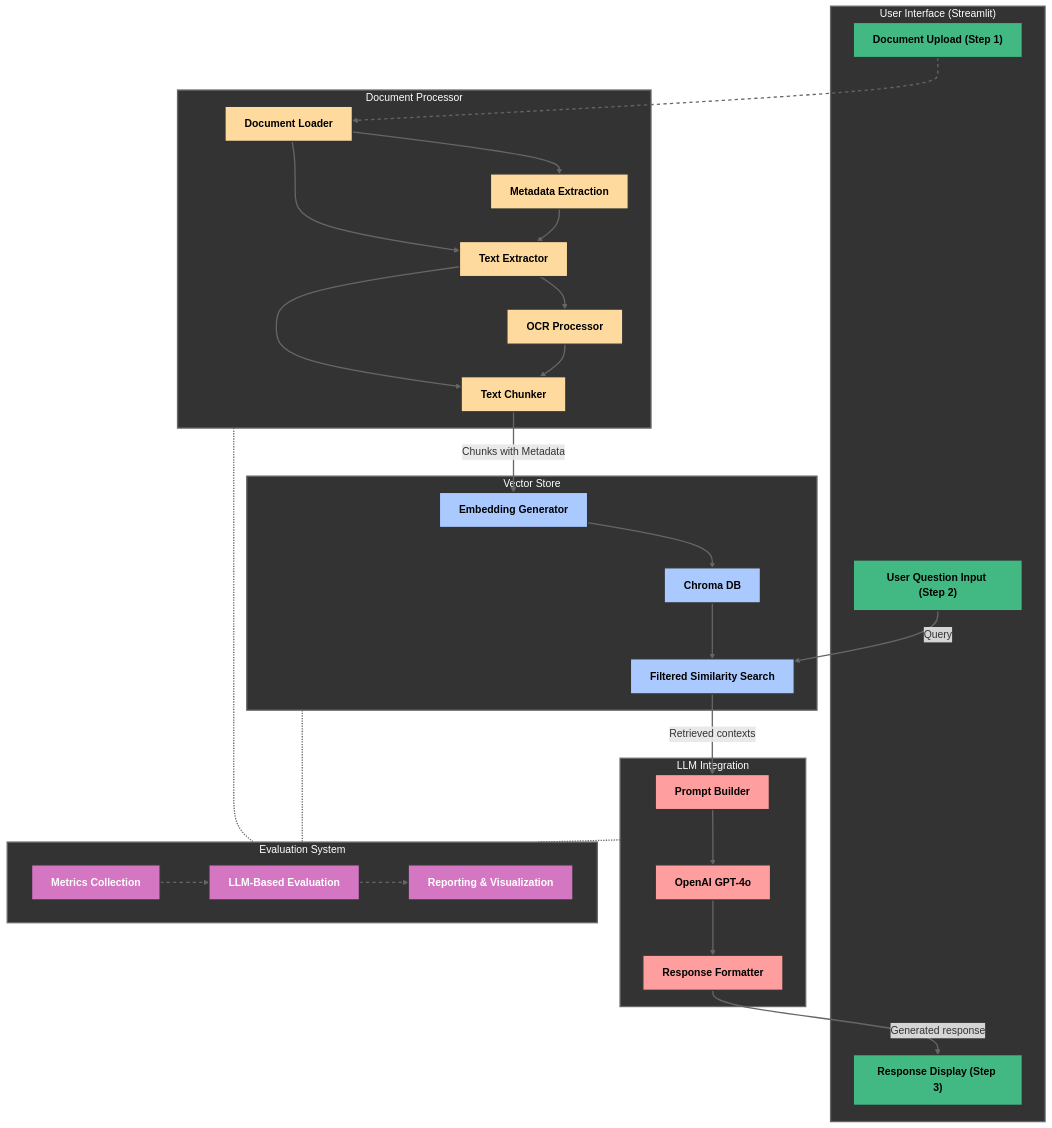
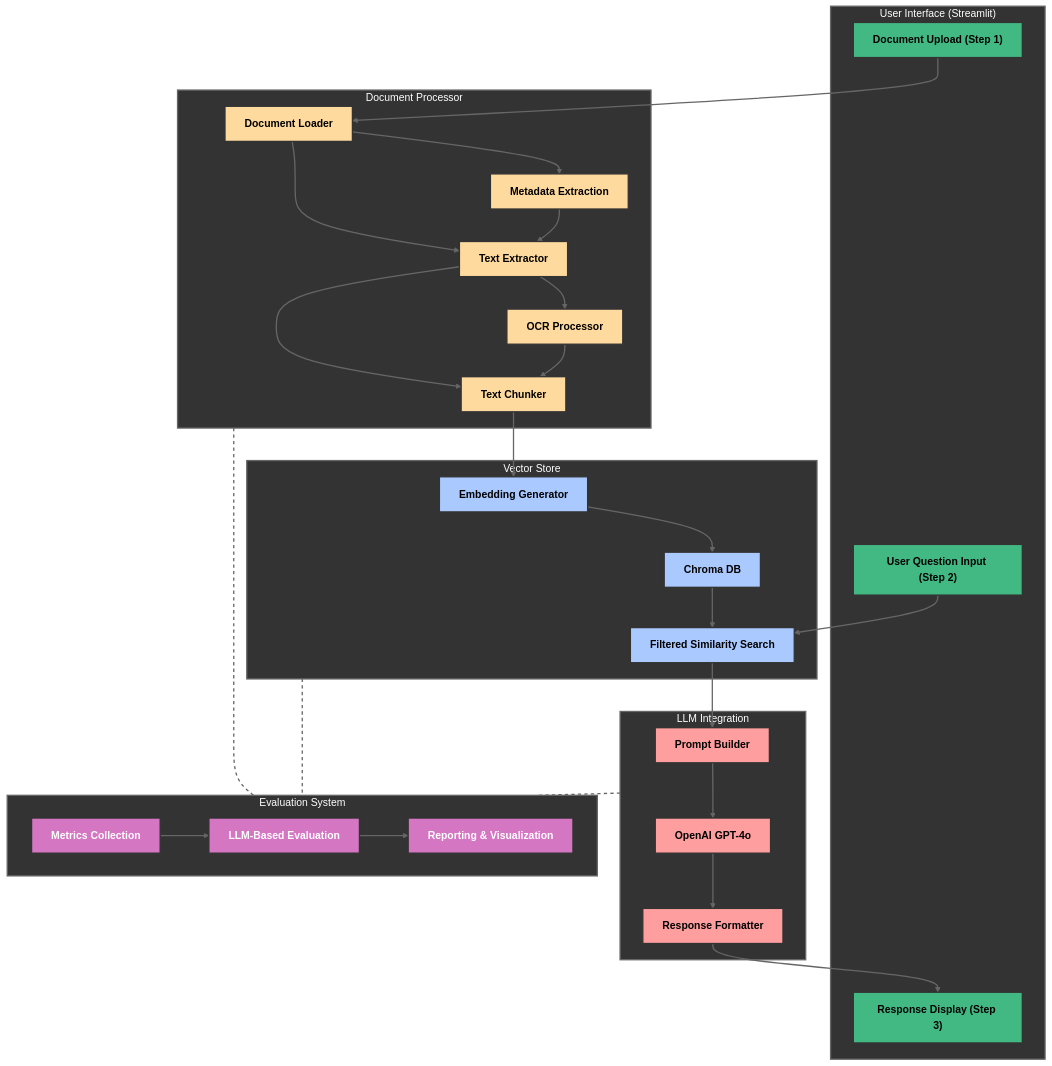
Before and after one commit to mdwaquarahmad/fortune500-rag: the diagram in README.md, drawn with Mermaid.

Commit message:
Documentation

````diff
--- a/README.md
+++ b/README.md
@@ -46,43 +46,57 @@
     %% Document Processor Component
     subgraph DP["Document Processor"]
         style DP fill:#333333,stroke:#666666,stroke-width:2px,color:white
-        B1["Document Loader"] --> B2["Text Extractor"]
-        B2 --> B3["OCR Processor"]
-        B2 --> B4["Text Chunker"]
-        B3 --> B4
-        B1 --> B5["Metadata Extraction"]
-        B5 --> B2
+        B1["Document Loader"]
+        B2["Text Extractor"]
+        B3["OCR Processor"]
+        B4["Text Chunker"]
+        B5["Metadata Extraction"]
     end
     
     %% Vector Store Component
     subgraph VS["Vector Store"]
         style VS fill:#333333,stroke:#666666,stroke-width:2px,color:white
-        C1["Embedding Generator"] --> C2["Chroma DB"]
-        C2 --> C3["Filtered Similarity Search"]
+        C1["Embedding Generator"]
+        C2["Chroma DB"]
+        C3["Filtered Similarity Search"]
     end
     
     %% LLM Integration Component
     subgraph LLM["LLM Integration"]
         style LLM fill:#333333,stroke:#666666,stroke-width:2px,color:white
-        D1["Prompt Builder"] --> D2["OpenAI GPT-4o"]
-        D2 --> D3["Response Formatter"]
+        D1["Prompt Builder"]
+        D2["OpenAI GPT-4o"]
+        D3["Response Formatter"]
     end
     
     %% Evaluation System Component
     subgraph EVAL["Evaluation System"]
         style EVAL fill:#333333,stroke:#666666,stroke-width:2px,color:white
-        E1["Metrics Collection"] --> E2["LLM-Based Evaluation"]
-        E2 --> E3["Reporting & Visualization"]
+        E1["Metrics Collection"]
+        E2["LLM-Based Evaluation"]
+        E3["Reporting & Visualization"]
     end
     
-    %% Main Data Flow Connections
+    %% Define all connections first
     A1 --> B1
-    B4 -- "Chunks with Metadata" --> C1
-    A2 -- "Query" --> C3
-    C3 -- "Retrieved contexts" --> D1
-    D3 -- "Generated response" --> A3
+    B1 --> B2
+    B2 --> B3
+    B2 --> B4
+    B3 --> B4
+    B1 --> B5
+    B5 --> B2
+    B4 --> C1
+    C1 --> C2
+    C2 --> C3
+    A2 --> C3
+    C3 --> D1
+    D1 --> D2
+    D2 --> D3
+    D3 --> A3
+    E1 --> E2
+    E2 --> E3
     
-    %% Evaluation System Connections - Only These are Dotted Lines
+    %% Evaluation connections (these should be dotted)
     DP -.- EVAL
     VS -.- EVAL
     LLM -.- EVAL
@@ -101,7 +115,26 @@
     class D1,D2,D3 llmComponents
     class E1,E2,E3 evalComponents
     
-    %% Link styling - Main flow is solid, only evaluation connections are dotted
-    linkStyle default stroke:#666,stroke-width:2px
-    linkStyle 10,11,12 stroke:#666,stroke-width:2px,stroke-dasharray:5 5
+    %% Explicitly define link styling for every link
+    %% First 17 links are solid, last 3 are dotted
+    linkStyle 0 stroke:#666,stroke-width:2px
+    linkStyle 1 stroke:#666,stroke-width:2px
+    linkStyle 2 stroke:#666,stroke-width:2px
+    linkStyle 3 stroke:#666,stroke-width:2px
+    linkStyle 4 stroke:#666,stroke-width:2px
+    linkStyle 5 stroke:#666,stroke-width:2px
+    linkStyle 6 stroke:#666,stroke-width:2px
+    linkStyle 7 stroke:#666,stroke-width:2px
+    linkStyle 8 stroke:#666,stroke-width:2px
+    linkStyle 9 stroke:#666,stroke-width:2px
+    linkStyle 10 stroke:#666,stroke-width:2px
+    linkStyle 11 stroke:#666,stroke-width:2px
+    linkStyle 12 stroke:#666,stroke-width:2px
+    linkStyle 13 stroke:#666,stroke-width:2px
+    linkStyle 14 stroke:#666,stroke-width:2px
+    linkStyle 15 stroke:#666,stroke-width:2px
+    linkStyle 16 stroke:#666,stroke-width:2px
+    linkStyle 17 stroke:#666,stroke-width:2px,stroke-dasharray:5 5
+    linkStyle 18 stroke:#666,stroke-width:2px,stroke-dasharray:5 5
+    linkStyle 19 stroke:#666,stroke-width:2px,stroke-dasharray:5 5
 ```
````
